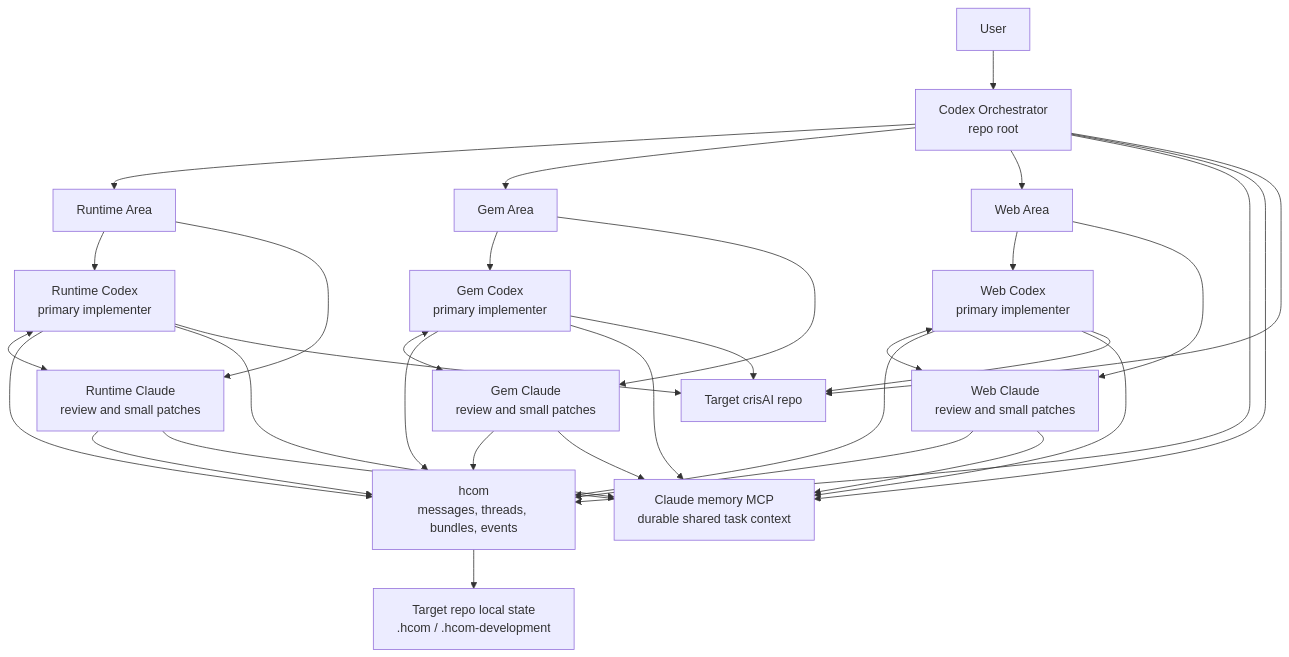
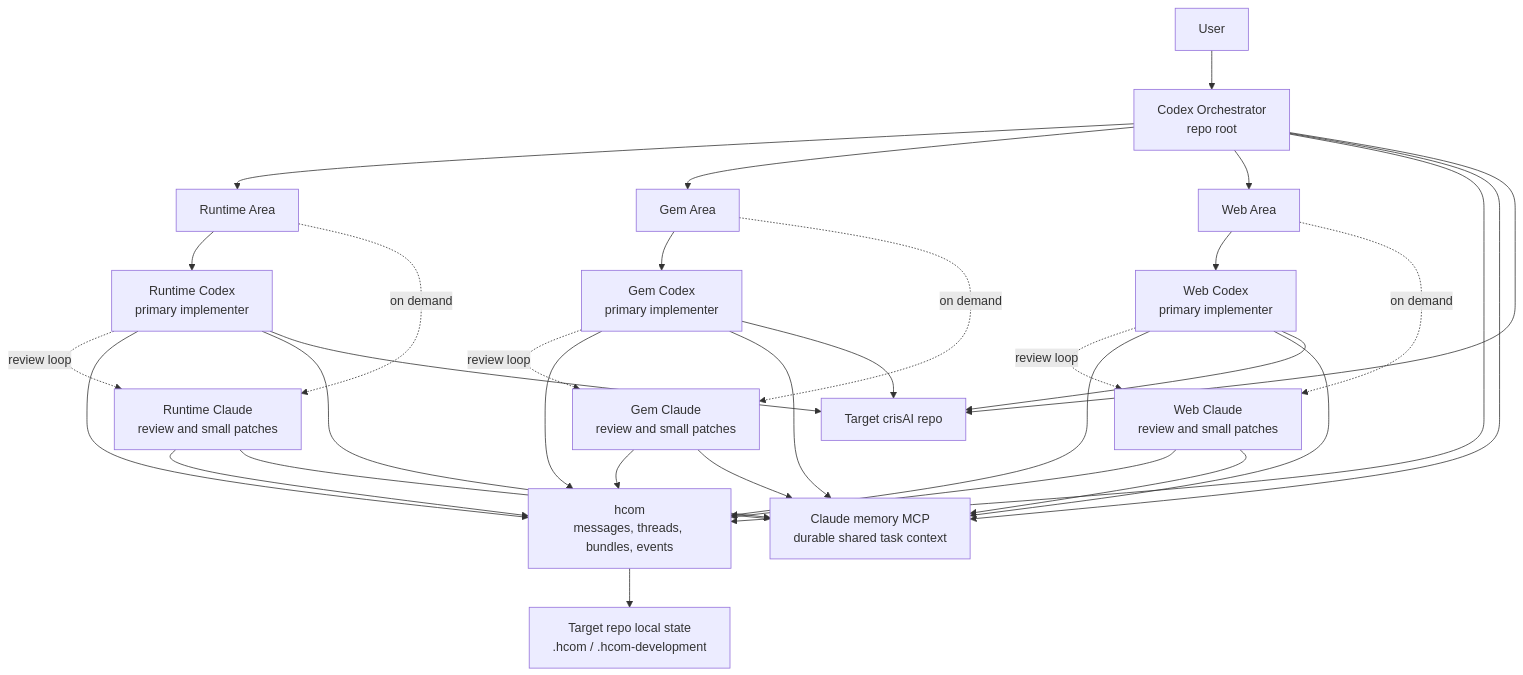
The diagram in development-team/README.md (crissdiamond/crisAI), drawn with Mermaid before and after one commit. The commit also changed other lines of this file and 31 other files, not shown here.

Commit message:
feat(dev): launch claude reviewers on demand

````diff
--- a/development-team/README.md
+++ b/development-team/README.md
@@ -38,43 +37,43 @@
 ```mermaid
 flowchart TB
     User[User] --> Orchestrator[Codex Orchestrator<br/>repo root]
 
     Orchestrator --> RuntimePair[Runtime Area]
     Orchestrator --> GemPair[Gem Area]
     Orchestrator --> WebPair[Web Area]
 
     RuntimePair --> RuntimeCodex[Runtime Codex<br/>primary implementer]
-    RuntimePair --> RuntimeClaude[Runtime Claude<br/>review and small patches]
+    RuntimePair -. on demand .-> RuntimeClaude[Runtime Claude<br/>review and small patches]
 
     GemPair --> GemCodex[Gem Codex<br/>primary implementer]
-    GemPair --> GemClaude[Gem Claude<br/>review and small patches]
+    GemPair -. on demand .-> GemClaude[Gem Claude<br/>review and small patches]
 
     WebPair --> WebCodex[Web Codex<br/>primary implementer]
-    WebPair --> WebClaude[Web Claude<br/>review and small patches]
+    WebPair -. on demand .-> WebClaude[Web Claude<br/>review and small patches]
 
-    RuntimeCodex <--> RuntimeClaude
-    GemCodex <--> GemClaude
-    WebCodex <--> WebClaude
+    RuntimeCodex -. review loop .-> RuntimeClaude
+    GemCodex -. review loop .-> GemClaude
+    WebCodex -. review loop .-> WebClaude
 
     Orchestrator --> Hcom[hcom<br/>messages, threads, bundles, events]
     RuntimeCodex --> Hcom
     RuntimeClaude --> Hcom
     GemCodex --> Hcom
     GemClaude --> Hcom
     WebCodex --> Hcom
     WebClaude --> Hcom
 
     Orchestrator --> Memory[Claude memory MCP<br/>durable shared task context]
     RuntimeCodex --> Memory
     RuntimeClaude --> Memory
     GemCodex --> Memory
     GemClaude --> Memory
     WebCodex --> Memory
     WebClaude --> Memory
 
     Hcom --> LocalState[Target repo local state<br/>.hcom / .hcom-development]
     Orchestrator --> TargetRepo[Target crisAI repo]
     RuntimeCodex --> TargetRepo
     GemCodex --> TargetRepo
     WebCodex --> TargetRepo
 ```
````
